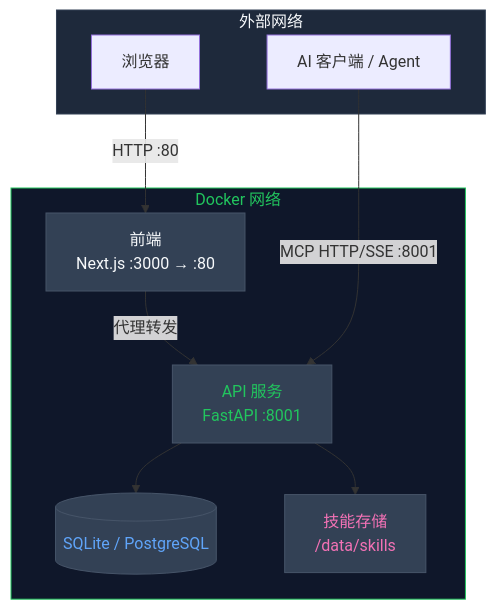
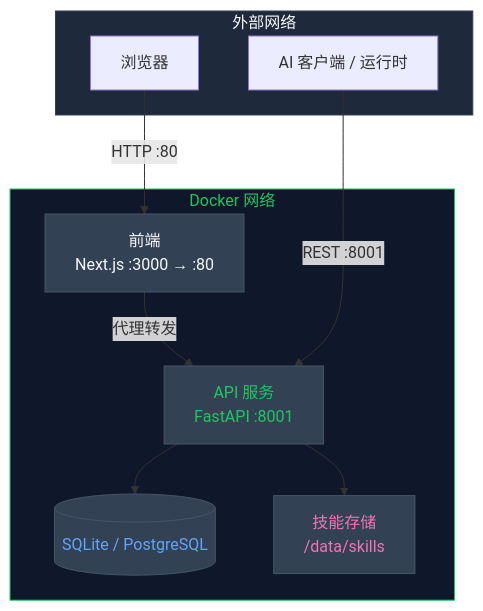
One commit to jiabai/open-skillhub changed the first of 2 diagrams in README_ZH.md. Above: the diagram before and after it, drawn with Mermaid. The commit also changed other lines of this file and 18 other files, not shown here.

````diff
--- a/README_ZH.md
+++ b/README_ZH.md
@@ -132,27 +127,27 @@
 ```mermaid
 graph TB
     subgraph External["外部网络"]
         Browser["浏览器"]
-        AIAgent["AI 客户端 / Agent"]
+        AIAgent["AI 客户端 / 运行时"]
     end
 
     subgraph Docker["Docker 网络"]
         Frontend["前端<br/>Next.js :3000 → :80"]
         API["API 服务<br/>FastAPI :8001"]
         DB[(SQLite / PostgreSQL)]
         Storage["技能存储<br/>/data/skills"]
     end
 
     Browser -->|HTTP :80| Frontend
     Frontend -->|代理转发| API
-    AIAgent -->|MCP HTTP/SSE :8001| API
+    AIAgent -->|REST :8001| API
     API --> DB
     API --> Storage
 
     style External fill:#1e293b,stroke:#334155,color:#f8fafc
     style Docker fill:#0f172a,stroke:#22c55e,color:#22c55e
     style Frontend fill:#334155,stroke:#475569,color:#f8fafc
     style API fill:#334155,stroke:#475569,color:#22c55e
     style DB fill:#334155,stroke:#475569,color:#60a5fa
     style Storage fill:#334155,stroke:#475569,color:#f472b6
 ```
````
